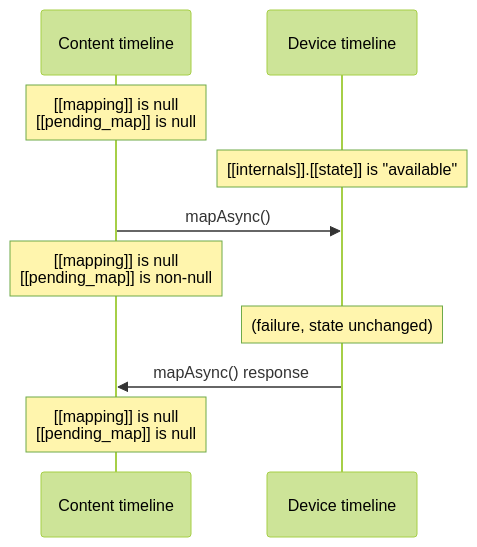
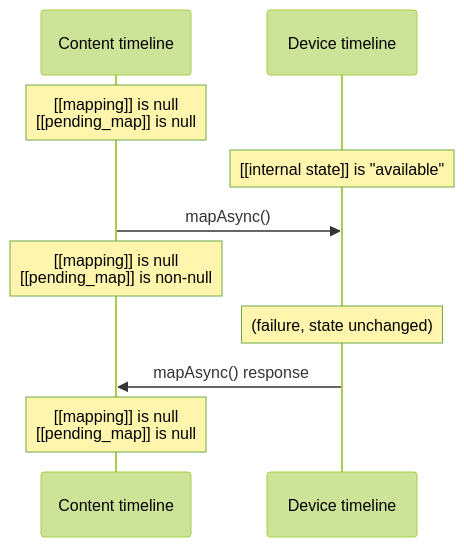
One commit to gpuweb/gpuweb changed the diagram in spec/diagrams/buffer-map-failure.mmd. Above: the diagram before and after it, drawn with Mermaid (forest theme). The commit also changed 4 other files, not shown here.

Commit message:
Fix outdated [[internals]].[[state]] in diagrams

```diff
--- a/spec/diagrams/buffer-map-failure.mmd
+++ b/spec/diagrams/buffer-map-failure.mmd
@@ -1,8 +1,8 @@
 sequenceDiagram
     Note over Content timeline: [[mapping]] is null<br>[[pending_map]] is null
-    Note over Device timeline: [[internals]].[[state]] is "available"
+    Note over Device timeline: [[internal state]] is "available"
     Content timeline ->> Device timeline: mapAsync()
     Note over Content timeline: [[mapping]] is null<br>[[pending_map]] is non-null
     Note over Device timeline: (failure, state unchanged)
     Device timeline ->> Content timeline: mapAsync() response
     Note over Content timeline: [[mapping]] is null<br>[[pending_map]] is null
```
